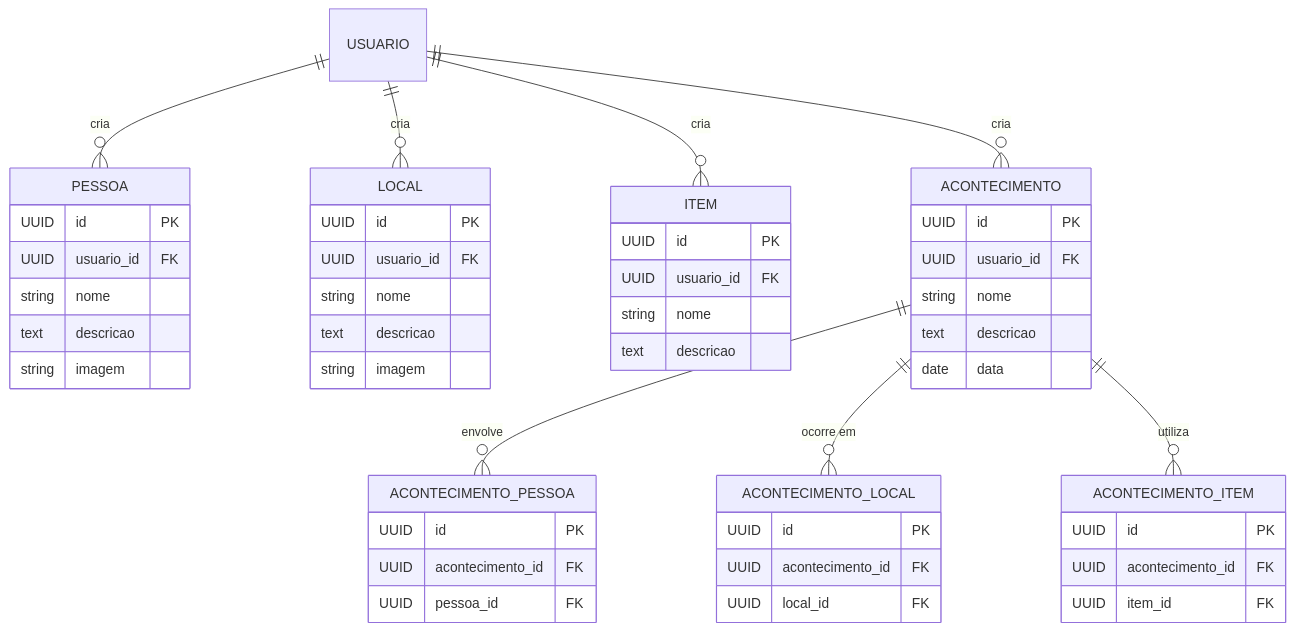
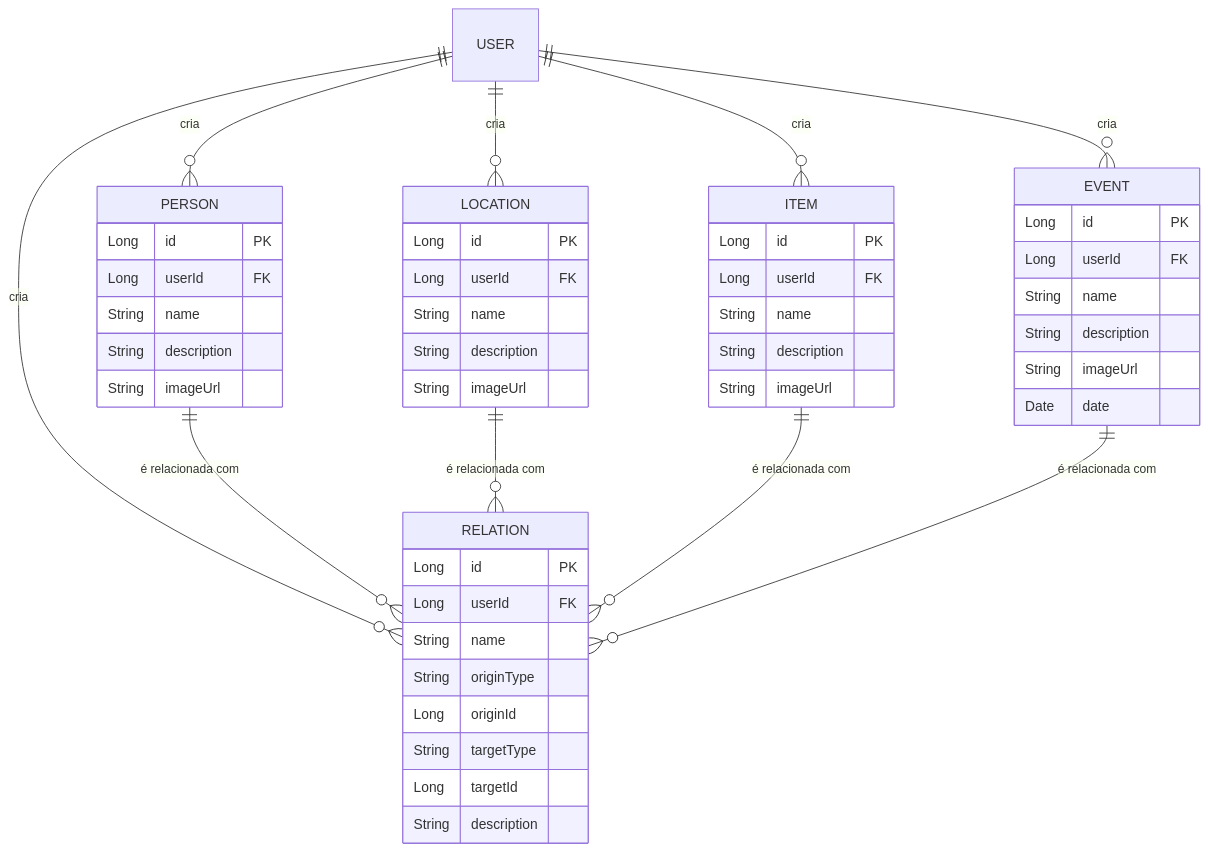
The diagram in README.md (TiagoMagBorges/InvestiTrace-API), drawn with Mermaid before and after one commit.

````diff
--- a/README.md
+++ b/README.md
@@ -5,61 +5,58 @@
 ```mermaid
 erDiagram
-    USUARIO ||--o{ PESSOA : "cria"
-    USUARIO ||--o{ LOCAL : "cria"
-    USUARIO ||--o{ ITEM : "cria"
-    USUARIO ||--o{ ACONTECIMENTO : "cria"
+    USER ||--o{ ITEM : "cria"
+    USER ||--o{ LOCATION : "cria"
+    USER ||--o{ PERSON : "cria"
+    USER ||--o{ EVENT : "cria"
+    USER ||--o{ RELATION : "cria"
 
-    PESSOA {
-        UUID id PK
-        UUID usuario_id FK
-        string nome
-        text descricao
-        string imagem
+    ITEM {
+        Long id PK
+        Long userId FK
+        String name
+        String description
+        String imageUrl
     }
 
-    LOCAL {
-        UUID id PK
-        UUID usuario_id FK
-        string nome
-        text descricao
-        string imagem
+    LOCATION {
+        Long id PK
+        Long userId FK
+        String name
+        String description
+        String imageUrl
     }
 
-    ITEM {
-        UUID id PK
-        UUID usuario_id FK
-        string nome
-        text descricao
+    PERSON {
+        Long id PK
+        Long userId FK
+        String name
+        String description
+        String imageUrl
     }
 
-    ACONTECIMENTO {
-        UUID id PK
-        UUID usuario_id FK
-        string nome
-        text descricao
-        date data
+    EVENT {
+        Long id PK
+        Long userId FK
+        String name
+        String description
+        String imageUrl
+        Date date
     }
 
-    ACONTECIMENTO ||--o{ ACONTECIMENTO_PESSOA : "envolve"
-    ACONTECIMENTO ||--o{ ACONTECIMENTO_LOCAL : "ocorre em"
-    ACONTECIMENTO ||--o{ ACONTECIMENTO_ITEM : "utiliza"
-
-    ACONTECIMENTO_PESSOA {
-        UUID id PK
-        UUID acontecimento_id FK
-        UUID pessoa_id FK
+    RELATION {
+        Long id PK
+        Long userId FK
+        String name
+        String originType
+        Long originId
+        String targetType
+        Long targetId
+        String description
     }
 
-    ACONTECIMENTO_LOCAL {
-        UUID id PK
-        UUID acontecimento_id FK
-        UUID local_id FK
-    }
-
-    ACONTECIMENTO_ITEM {
-        UUID id PK
-        UUID acontecimento_id FK
-        UUID item_id FK
-    }
+    PERSON ||--o{ RELATION : "é relacionada com"
+    LOCATION ||--o{ RELATION : "é relacionada com"
+    ITEM ||--o{ RELATION : "é relacionada com"
+    EVENT ||--o{ RELATION : "é relacionada com"
 
 ```
````
